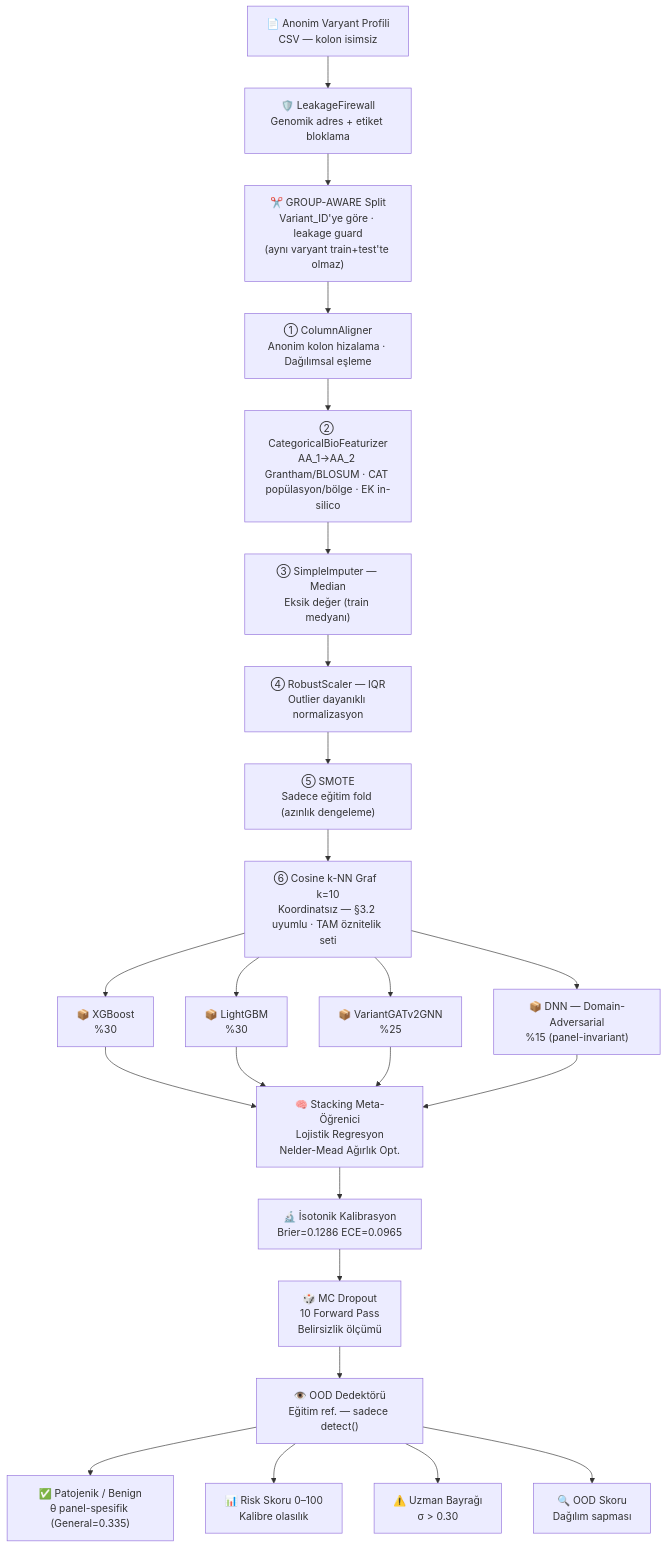
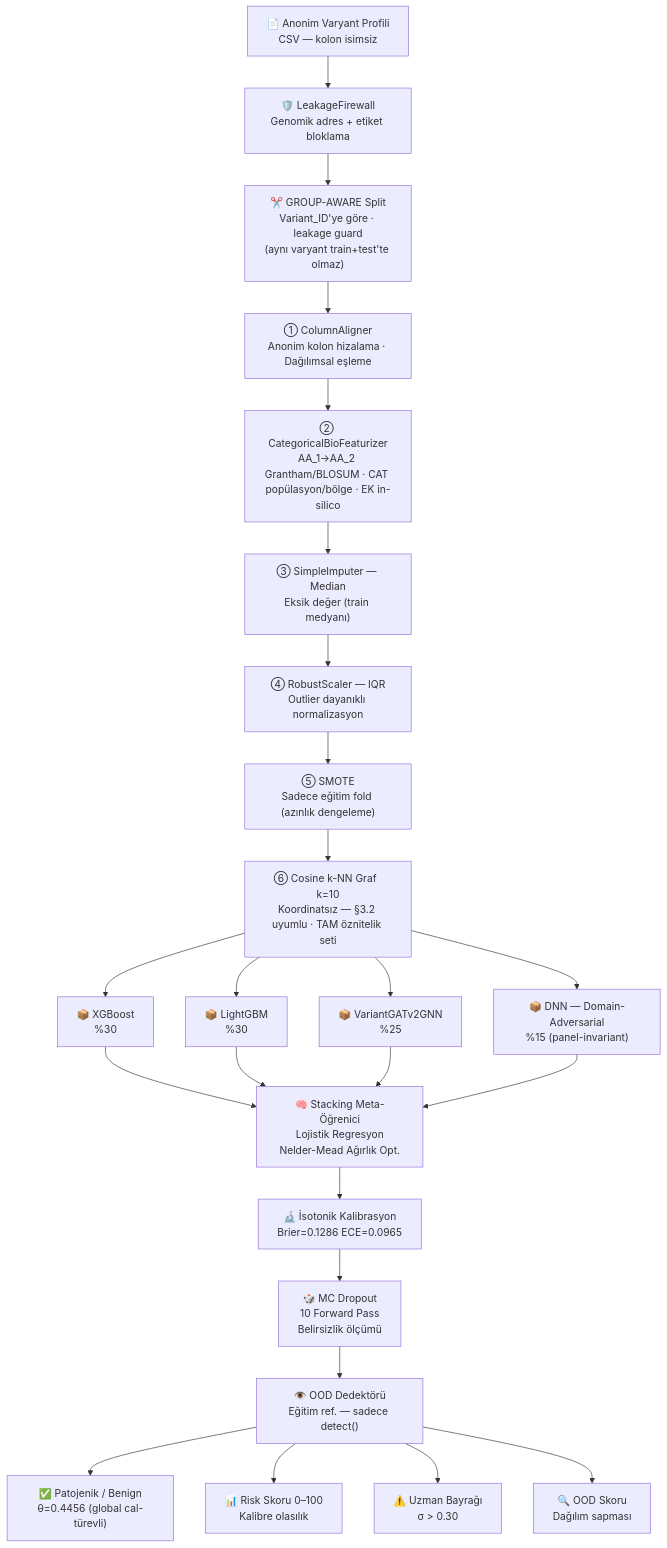
The first of 16 diagrams in README.md (msgxr/VARIANT-GNN), drawn with Mermaid before and after one commit. The commit also changed other lines of this file and 8 other files, not shown here.

````diff
--- a/README.md
+++ b/README.md
@@ -131,33 +131,33 @@
 ```mermaid
 flowchart TD
     A["📄 Anonim Varyant Profili\nCSV — kolon isimsiz"]
 
     A --> LFW["🛡️ LeakageFirewall\nGenomik adres + etiket bloklama"]
 
     LFW --> SPLIT["✂️ GROUP-AWARE Split\nVariant_ID'ye göre · leakage guard\n(aynı varyant train+test'te olmaz)"]
     SPLIT --> P1["① ColumnAligner\nAnonim kolon hizalama · Dağılımsal eşleme"]
     P1  --> P2["② CategoricalBioFeaturizer\nAA_1→AA_2 Grantham/BLOSUM · CAT popülasyon/bölge · EK in-silico"]
     P2  --> P3["③ SimpleImputer — Median\nEksik değer (train medyanı)"]
     P3  --> P4["④ RobustScaler — IQR\nOutlier dayanıklı normalizasyon"]
     P4  --> P6["⑤ SMOTE\nSadece eğitim fold (azınlık dengeleme)"]
     P6  --> P9["⑥ Cosine k-NN Graf  k=10\nKoordinatsız — §3.2 uyumlu · TAM öznitelik seti"]
 
     P9 --> M1["📦 XGBoost\n%30"]
     P9 --> M2["📦 LightGBM\n%30"]
     P9 --> M3["📦 VariantGATv2GNN\n%25"]
     P9 --> M4["📦 DNN — Domain-Adversarial\n%15 (panel-invariant)"]
 
     M1 --> ST["🧠 Stacking Meta-Öğrenici\nLojistik Regresyon\nNelder-Mead Ağırlık Opt."]
     M2 --> ST
     M3 --> ST
     M4 --> ST
 
     ST --> ISO["🔬 İsotonik Kalibrasyon\nBrier=0.1286  ECE=0.0965"]
     ISO --> MCD["🎲 MC Dropout\n10 Forward Pass\nBelirsizlik ölçümü"]
     MCD --> OOD["👁️ OOD Dedektörü\nEğitim ref. — sadece detect()"]
 
-    OOD --> O1["✅ Patojenik / Benign\nθ panel-spesifik (General=0.335)"]
+    OOD --> O1["✅ Patojenik / Benign\nθ=0.4456 (global cal-türevli)"]
     OOD --> O2["📊 Risk Skoru 0–100\nKalibre olasılık"]
     OOD --> O3["⚠️ Uzman Bayrağı\nσ > 0.30"]
     OOD --> O4["🔍 OOD Skoru\nDağılım sapması"]
 ```
````
